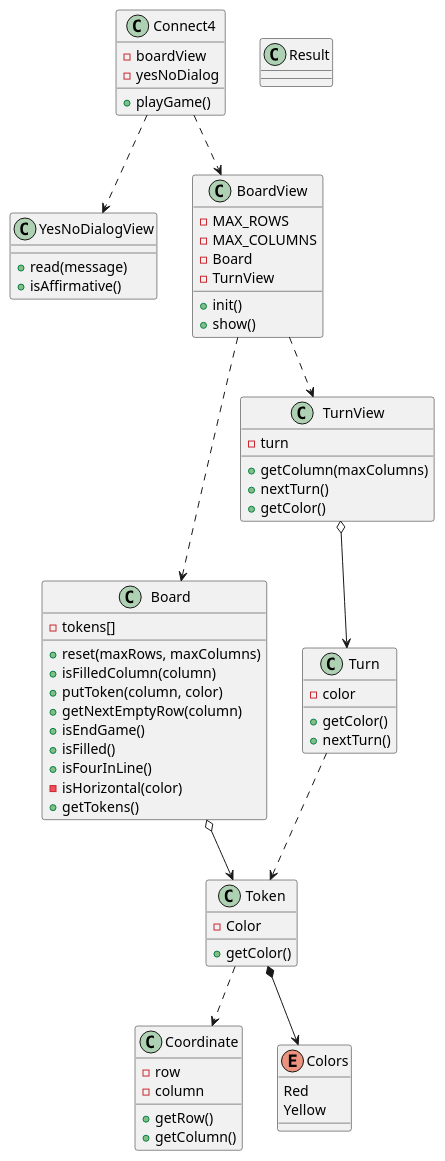
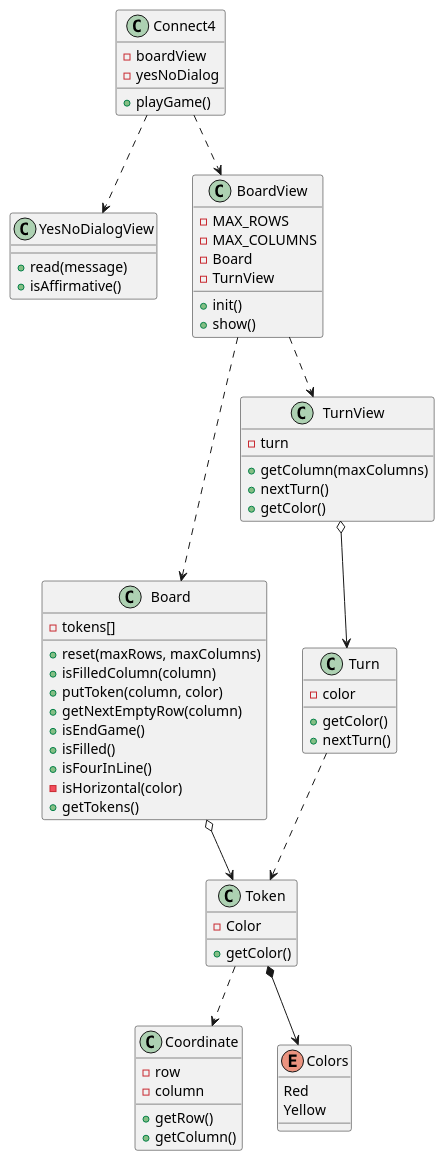
One commit to jumpering/connect4 changed the diagram in UML/softwareModel.puml. Above: the diagram before and after it, drawn with PlantUML. The commit also changed 1 other file, not shown here.

Commit message:
refactor UML

```diff
--- a/UML/softwareModel.puml
+++ b/UML/softwareModel.puml
@@ -1,76 +1,74 @@
 @startuml
 
 class Connect4{
     - boardView
     - yesNoDialog
     + playGame()
 }
 class YesNoDialogView{
     + read(message)
     + isAffirmative()
 }
 class Board{
     - tokens[]
     + reset(maxRows, maxColumns)
     + isFilledColumn(column)
     + putToken(column, color)
     + getNextEmptyRow(column)
     + isEndGame()
     + isFilled()
     + isFourInLine()
     - isHorizontal(color)
     + getTokens()
 }
 class BoardView{
     - MAX_ROWS
     - MAX_COLUMNS
     - Board
     - TurnView
     + init()
     + show()
 }
 class Coordinate{
     - row
     - column
     + getRow()
     + getColumn()
 }
 class Token{
     - Color
     + getColor()
 }
 class TurnView{
     - turn
     + getColumn(maxColumns)
     + nextTurn()
     + getColor()
 }
 
 class Turn{
     - color
     + getColor()
     + nextTurn()
 }
 
-class Result
-
 enum Colors{
 Red
 Yellow
 }
 
 Connect4 ..> BoardView
 Connect4 ..> YesNoDialogView
 
 BoardView ..> Board
 BoardView ..> TurnView
 TurnView o--> Turn
 
 Board o--> Token
 
 Turn ..> Token
 
 
 Token *--> Colors
 Token ..> Coordinate
 @enduml
```
